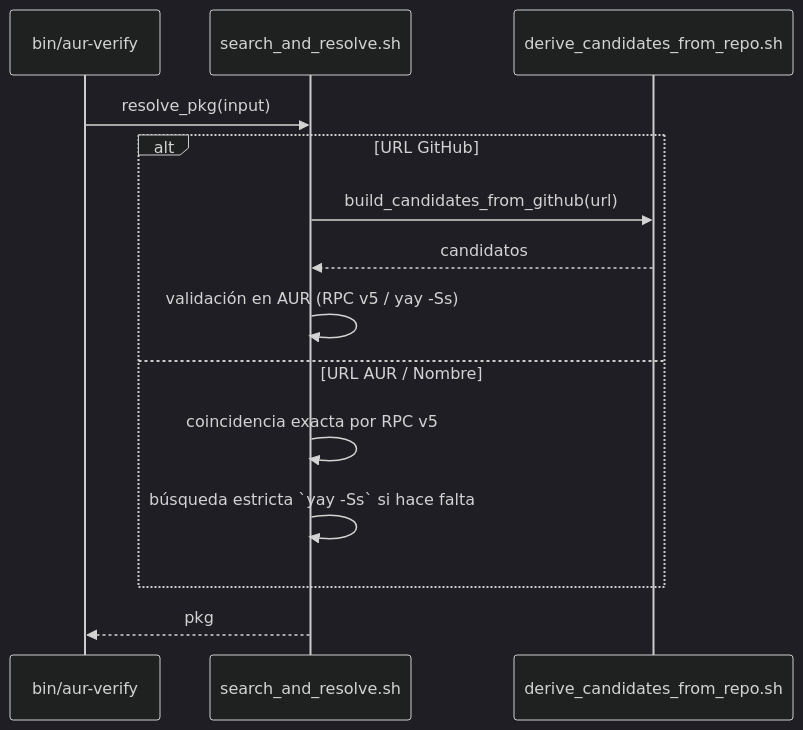
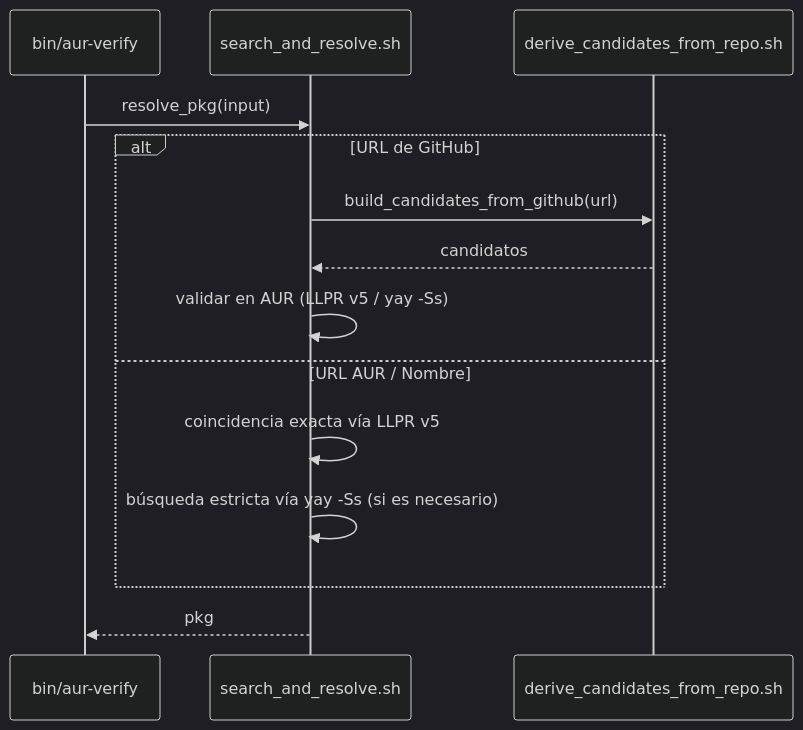
Before and after one commit to LuigiD5555/aur_scanner: the third of 15 diagrams in docs/developer/README.dev.es.md, drawn with Mermaid (dark theme). The commit also changed other lines of this file and 1 other file, not shown here.

````diff
--- a/docs/developer/README.dev.es.md
+++ b/docs/developer/README.dev.es.md
@@ -184,16 +191,16 @@
 ```mermaid
 sequenceDiagram
     participant CLI as bin/aur-verify
     participant Resolver as search_and_resolve.sh
     participant GitHub as derive_candidates_from_repo.sh
     CLI->>Resolver: resolve_pkg(input)
-    alt URL GitHub
+    alt URL de GitHub
         Resolver->>GitHub: build_candidates_from_github(url)
         GitHub-->>Resolver: candidatos
-        Resolver->>Resolver: validación en AUR (RPC v5 / yay -Ss)
+        Resolver->>Resolver: validar en AUR (LLPR v5 / yay -Ss)
     else URL AUR / Nombre
-        Resolver->>Resolver: coincidencia exacta por RPC v5
-        Resolver->>Resolver: búsqueda estricta `yay -Ss` si hace falta
+        Resolver->>Resolver: coincidencia exacta vía LLPR v5
+        Resolver->>Resolver: búsqueda estricta vía yay -Ss (si es necesario)
     end
     Resolver-->>CLI: pkg
 ```
````
